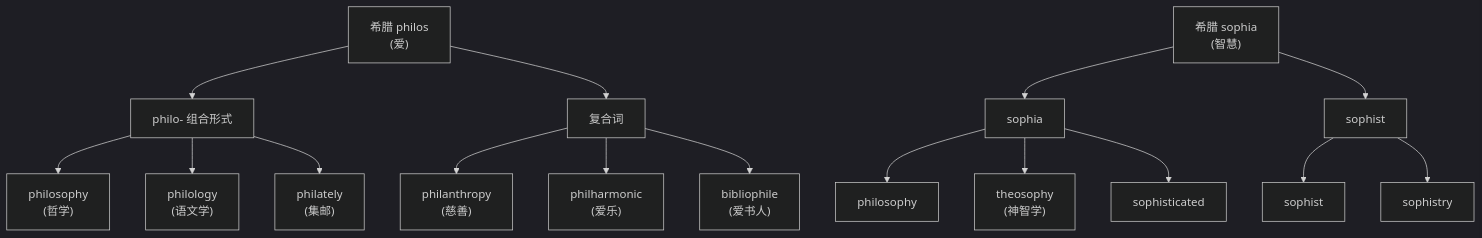
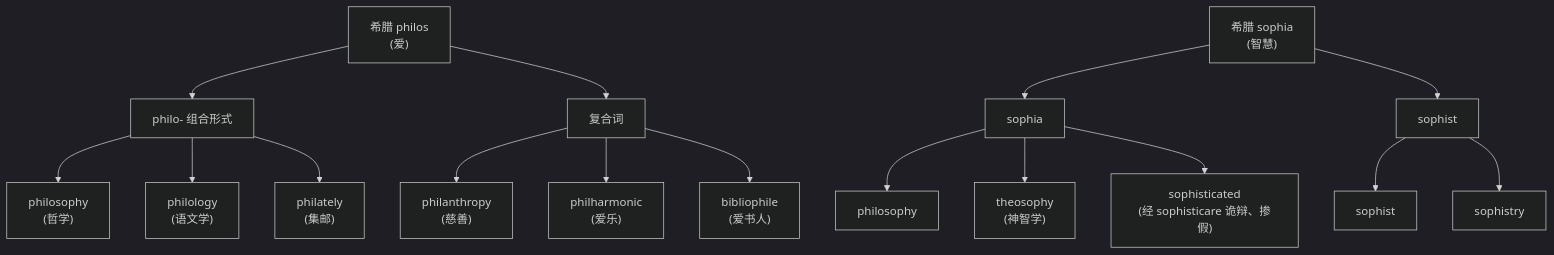
The second of 6 diagrams in 03-希腊之光/第15章-哲学的诞生.md (swiftczz/roots-affixes-book), drawn with Mermaid (dark theme) before and after one commit. The commit also changed other lines of this file and 35 other files, not shown here.

````diff
--- a/03-希腊之光/第15章-哲学的诞生.md
+++ b/03-希腊之光/第15章-哲学的诞生.md
@@ -127,25 +127,25 @@
 ```mermaid
 flowchart TD
     philos["希腊 philos<br/>(爱)"]
     sophia["希腊 sophia<br/>(智慧)"]
 
     philos --> pcf["philo- 组合形式"]
     philos --> pcpx["复合词"]
     sophia --> sosa["sophia"]
     sophia --> sosf["sophist"]
 
     pcf --> philosophy["philosophy<br/>(哲学)"]
     pcf --> philology["philology<br/>(语文学)"]
     pcf --> philately["philately<br/>(集邮)"]
 
     pcpx --> philanthropy["philanthropy<br/>(慈善)"]
     pcpx --> philharmonic["philharmonic<br/>(爱乐)"]
     pcpx --> bibliophile["bibliophile<br/>(爱书人)"]
 
     sosa --> sophA["philosophy"]
     sosa --> theosophy["theosophy<br/>(神智学)"]
-    sosa --> sophisticated["sophisticated"]
+    sosa --> sophisticated["sophisticated<br/>(经 sophisticare 诡辩、掺假)"]
 
     sosf --> sophist["sophist"]
     sosf --> sophistry["sophistry"]
 ```
````
